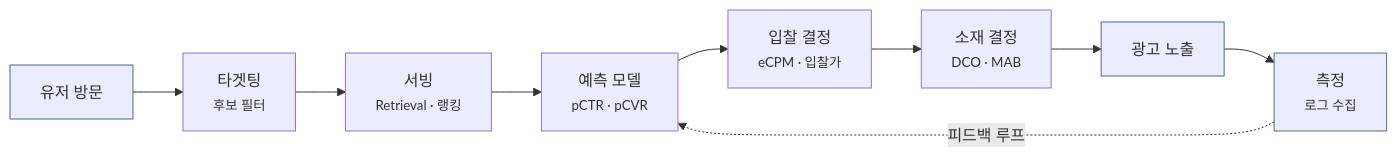
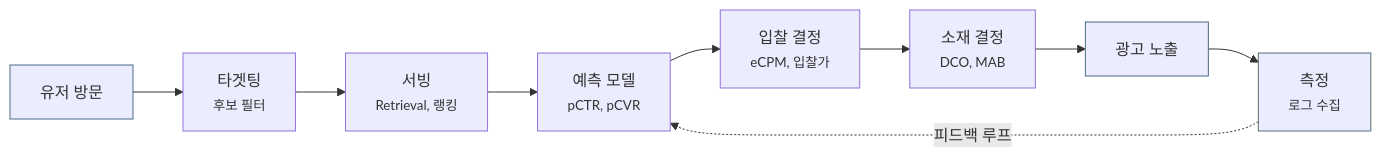
One commit to chkimsu/adtech-blog changed the first of 4 diagrams in posts/adtech-dev-layers.md. Above: the diagram before and after it, drawn with Mermaid. The commit also changed other lines of this file and 25 other files, not shown here.

````diff
--- a/posts/adtech-dev-layers.md
+++ b/posts/adtech-dev-layers.md
@@ -32,15 +32,15 @@
 ```mermaid
 graph LR
     A["유저 방문"] --> B["타겟팅<br/><small>후보 필터</small>"]
-    B --> C["서빙<br/><small>Retrieval · 랭킹</small>"]
-    C --> D["예측 모델<br/><small>pCTR · pCVR</small>"]
-    D --> E["입찰 결정<br/><small>eCPM · 입찰가</small>"]
-    E --> F["소재 결정<br/><small>DCO · MAB</small>"]
+    B --> C["서빙<br/><small>Retrieval, 랭킹</small>"]
+    C --> D["예측 모델<br/><small>pCTR, pCVR</small>"]
+    D --> E["입찰 결정<br/><small>eCPM, 입찰가</small>"]
+    E --> F["소재 결정<br/><small>DCO, MAB</small>"]
     F --> G["광고 노출"]
     G --> H["측정<br/><small>로그 수집</small>"]
     H -.->|"피드백 루프"| D
 
     style A stroke:#4a6b8a
     style G stroke:#4a6b8a
     style H stroke:#54736f
 ```
````
